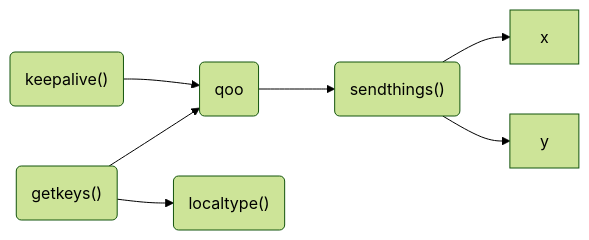
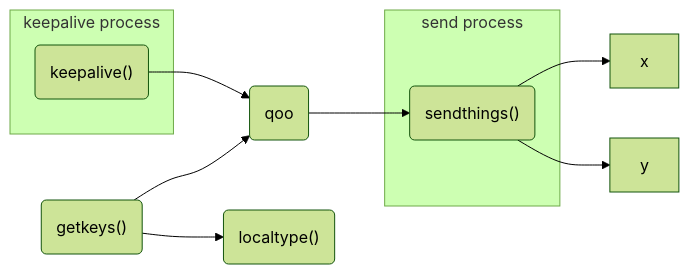
One commit to pxp888/keeb changed the first of 2 diagrams in README.md. Above: the diagram before and after it, drawn with Mermaid (forest theme). The commit also changed other lines of this file, not shown here.

Commit message:
add readme graphs

````diff
--- a/README.md
+++ b/README.md
@@ -18,15 +17,25 @@
 ```mermaid
 graph LR
 
 gk("getkeys()")
 ka("keepalive()")
 qoo(qoo)
 st("sendthings()")
 lt("localtype()")
 
 
 gk & ka --> qoo --> st
 gk --> lt
 st --> x & y
 
+
+subgraph "keepalive process"
+    ka
+end
+
+subgraph "send process"
+    st
+end
+
+
 ```
````
